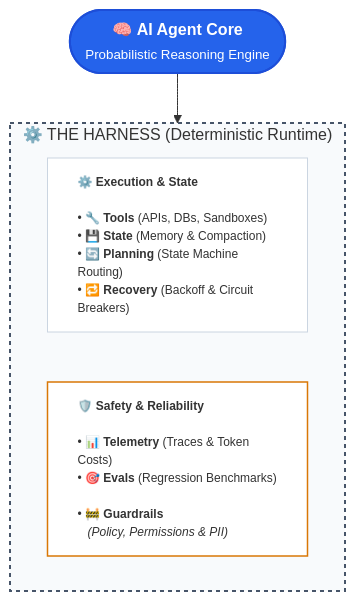
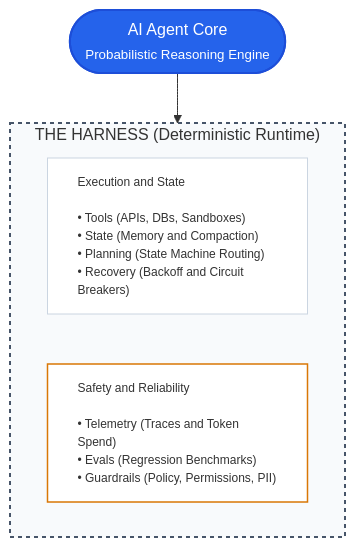
One commit to keolo/keolo-com changed the second of 3 diagrams in content/posts/ai-harness-vs-guardrails.md. Above: the diagram before and after it, drawn with Mermaid. The commit also changed other lines of this file and 4 other files, not shown here.

````diff
--- a/content/posts/ai-harness-vs-guardrails.md
+++ b/content/posts/ai-harness-vs-guardrails.md
@@ -92,17 +88,17 @@
 ```mermaid
 flowchart TD
-    Agent(["🧠 <b>AI Agent Core</b><br><small>Probabilistic Reasoning Engine</small>"])
+    Agent(["AI Agent Core<br><small>Probabilistic Reasoning Engine</small>"])
 
     Agent --> Harness
 
-    subgraph Harness ["⚙️ THE HARNESS (Deterministic Runtime)"]
+    subgraph Harness ["THE HARNESS (Deterministic Runtime)"]
         direction LR
-        Col1["<b>⚙️ Execution & State</b><br><br>• 🔧 <b>Tools</b> (APIs, DBs, Sandboxes)<br>• 💾 <b>State</b> (Memory & Compaction)<br>• 🔄 <b>Planning</b> (State Machine Routing)<br>• 🔁 <b>Recovery</b> (Backoff & Circuit Breakers)"]
-        Col2["<b>🛡️ Safety & Reliability</b><br><br>• 📊 <b>Telemetry</b> (Traces & Token Costs)<br>• 🎯 <b>Evals</b> (Regression Benchmarks)<br><br>• 🚧 <b>Guardrails</b><br>&nbsp;&nbsp;&nbsp;<i>(Policy, Permissions & PII)</i>"]
+        Col1["Execution and State<br><br>• Tools (APIs, DBs, Sandboxes)<br>• State (Memory and Compaction)<br>• Planning (State Machine Routing)<br>• Recovery (Backoff and Circuit Breakers)"]
+        Col2["Safety and Reliability<br><br>• Telemetry (Traces and Token Spend)<br>• Evals (Regression Benchmarks)<br>• Guardrails (Policy, Permissions, PII)"]
     end
 
     style Agent fill:#2563eb,stroke:#1d4ed8,stroke-width:2px,color:#ffffff
     style Harness fill:#f8fafc,stroke:#475569,stroke-width:2px,stroke-dasharray: 4 4
     style Col1 fill:#ffffff,stroke:#cbd5e1,text-align:left,font-size:12px
     style Col2 fill:#ffffff,stroke:#d97706,stroke-width:1.5px,text-align:left,font-size:12px
 ```
````
